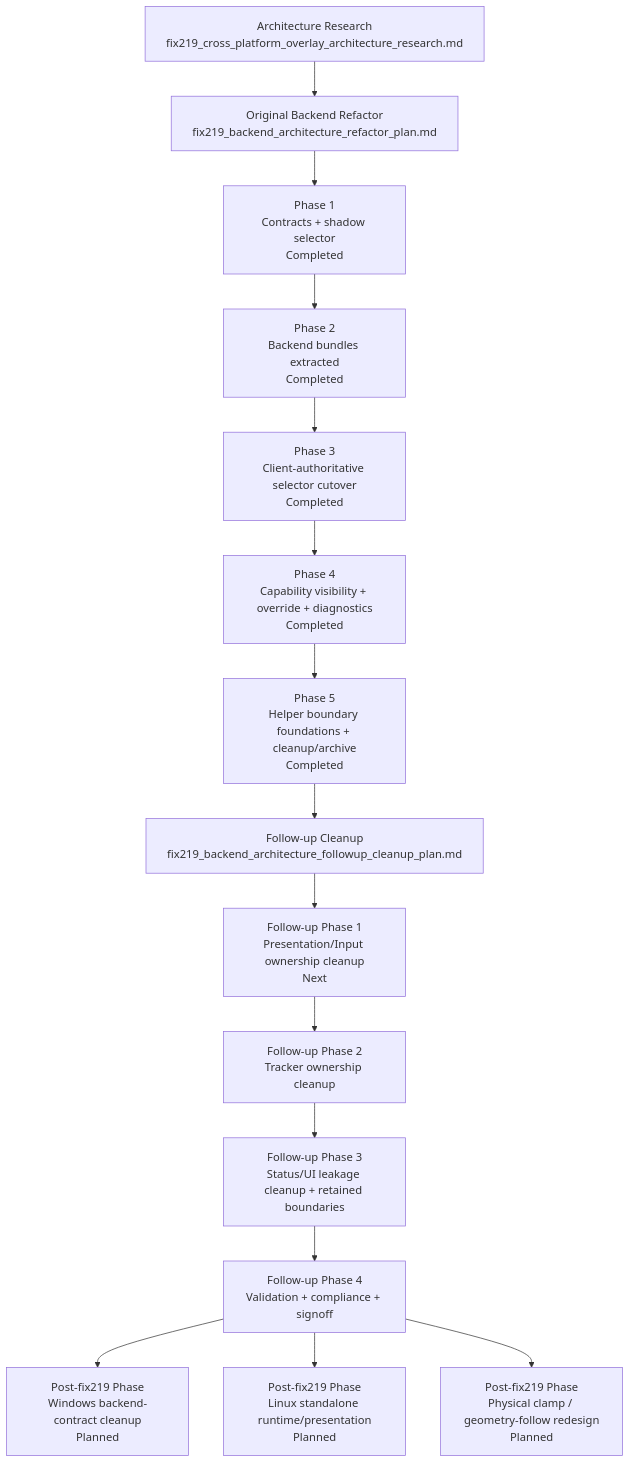
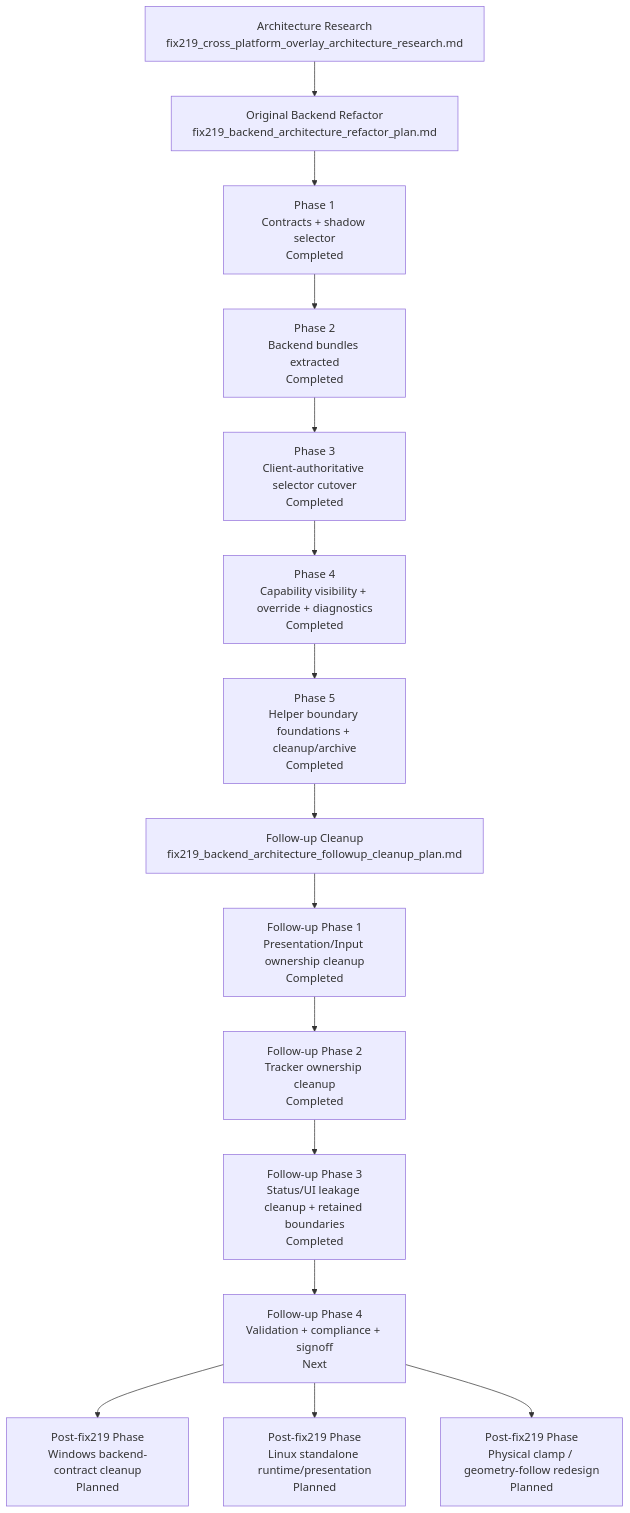
Before and after one commit to SweetJonnySauce/EDMCModernOverlay: the first of 2 diagrams in docs/refactoring/fix219_backend_architecture_refactor_plan.md, drawn with Mermaid. The commit also changed other lines of this file and 57 other files, not shown here.

````diff
--- a/docs/refactoring/fix219_backend_architecture_refactor_plan.md
+++ b/docs/refactoring/fix219_backend_architecture_refactor_plan.md
@@ -17,22 +18,22 @@
 ```mermaid
 flowchart TD
     A["Architecture Research\nfix219_cross_platform_overlay_architecture_research.md"]
     B["Original Backend Refactor\nfix219_backend_architecture_refactor_plan.md"]
     C["Follow-up Cleanup\nfix219_backend_architecture_followup_cleanup_plan.md"]
 
     A --> B
     B --> B1["Phase 1\nContracts + shadow selector\nCompleted"]
     B1 --> B2["Phase 2\nBackend bundles extracted\nCompleted"]
     B2 --> B3["Phase 3\nClient-authoritative selector cutover\nCompleted"]
     B3 --> B4["Phase 4\nCapability visibility + override + diagnostics\nCompleted"]
     B4 --> B5["Phase 5\nHelper boundary foundations + cleanup/archive\nCompleted"]
 
     B5 --> C
-    C --> C1["Follow-up Phase 1\nPresentation/Input ownership cleanup\nNext"]
-    C1 --> C2["Follow-up Phase 2\nTracker ownership cleanup"]
-    C2 --> C3["Follow-up Phase 3\nStatus/UI leakage cleanup + retained boundaries"]
-    C3 --> C4["Follow-up Phase 4\nValidation + compliance + signoff"]
+    C --> C1["Follow-up Phase 1\nPresentation/Input ownership cleanup\nCompleted"]
+    C1 --> C2["Follow-up Phase 2\nTracker ownership cleanup\nCompleted"]
+    C2 --> C3["Follow-up Phase 3\nStatus/UI leakage cleanup + retained boundaries\nCompleted"]
+    C3 --> C4["Follow-up Phase 4\nValidation + compliance + signoff\nNext"]
     C4 --> D["Post-fix219 Phase\nWindows backend-contract cleanup\nPlanned"]
     C4 --> E["Post-fix219 Phase\nLinux standalone runtime/presentation\nPlanned"]
     C4 --> F["Post-fix219 Phase\nPhysical clamp / geometry-follow redesign\nPlanned"]
 ```
````
